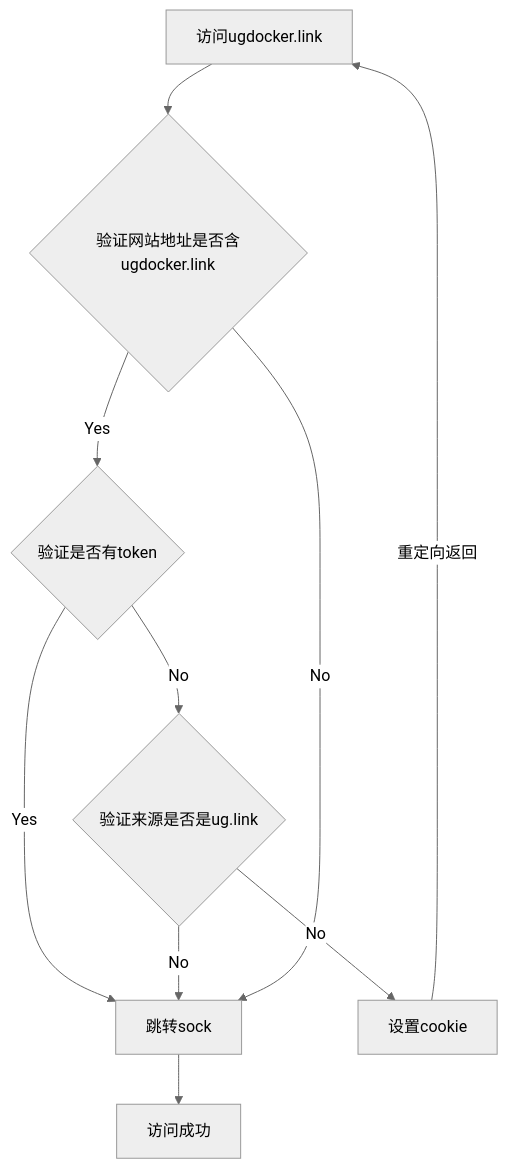
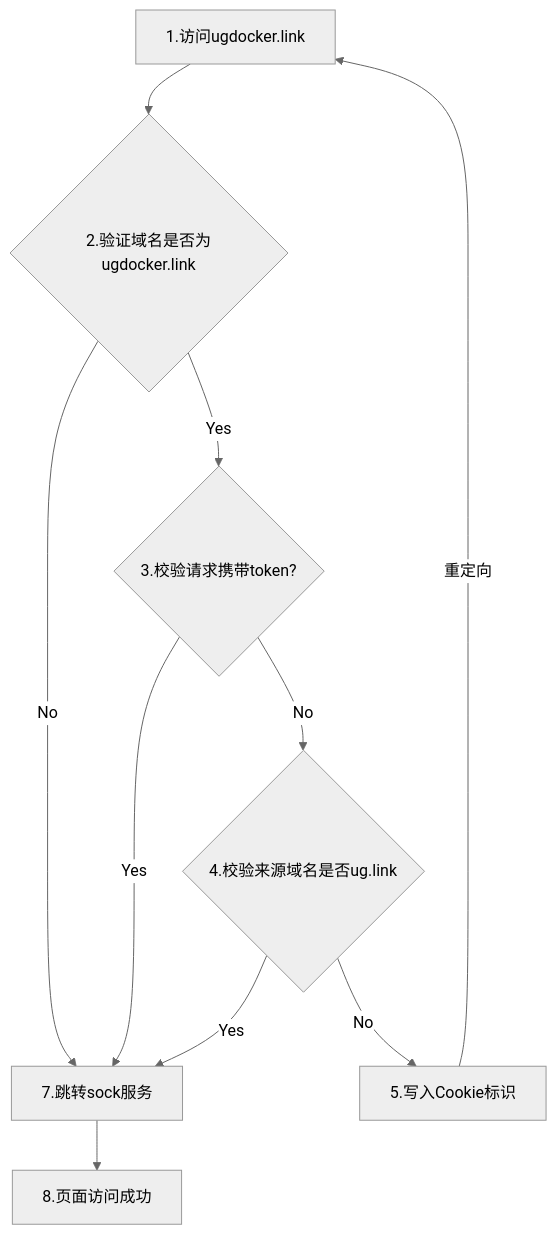
The second of 2 diagrams in README.md (9jianxian/ug.link-nosigin-access-docker.app), drawn with Mermaid (neutral theme) before and after one commit.

````diff
--- a/README.md
+++ b/README.md
@@ -25,12 +25,19 @@
 ```mermaid
 graph TD
-    A[访问ugdocker.link] --> B{验证网站地址是否含ugdocker.link}
-    B -- Yes --> C{验证是否有token}
-    C -- No --> D{验证来源是否是ug.link}
-    C -- Yes --> I[跳转sock]
-    F -- "重定向返回" -->A
-    D -- No --> I[跳转sock]
-    D -- No --> F[设置cookie]
-	B -- No --> I
-    I --> G[访问成功]
+    A[1.访问ugdocker.link] --> B{2.验证域名是否为ugdocker.link}
+    %% 域名校验分支
+    B -- Yes --> C{3.校验请求携带token?}
+    B -- No --> H[7.跳转sock服务]
+    
+    %% 有token分支
+    C -- Yes --> H[7.跳转sock服务]
+    
+    %% 无token分支
+    C -- No --> D{4.校验来源域名是否ug.link}
+    D -- Yes --> H[7.跳转sock服务]
+    D -- No --> F[5.写入Cookie标识]
+    F -- 重定向 --> A[1.访问ugdocker.link]
+    
+    %% 统一出口
+    H --> G[8.页面访问成功]
 ```
````
